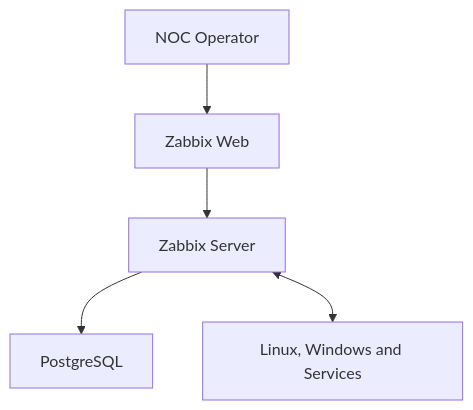
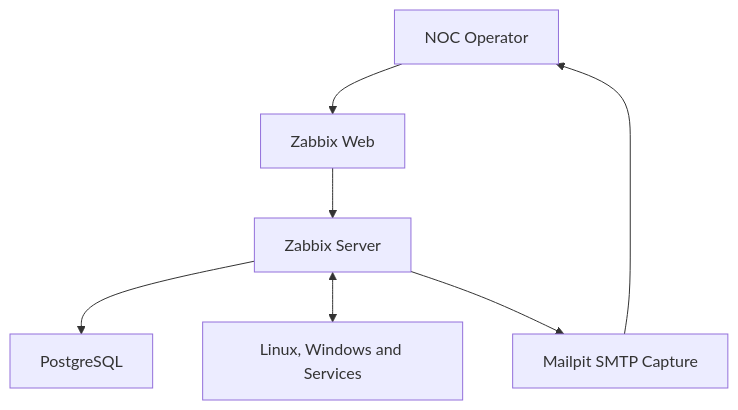
Before and after one commit to itamarsb/zabbix-linux-network-server-monitoring-lab: the diagram in README.md, drawn with Mermaid. The commit also changed other lines of this file, not shown here.

````diff
--- a/README.md
+++ b/README.md
@@ -40,13 +41,16 @@
 ```mermaid
 flowchart TD
     Operator["NOC Operator"]
     Web["Zabbix Web"]
     Server["Zabbix Server"]
     Database["PostgreSQL"]
     Targets["Linux, Windows and Services"]
+    Mail["Mailpit SMTP Capture"]
 
     Operator --> Web
     Web --> Server
     Server --> Database
     Server <--> Targets
+    Server --> Mail
+    Mail --> Operator
 ```
````
